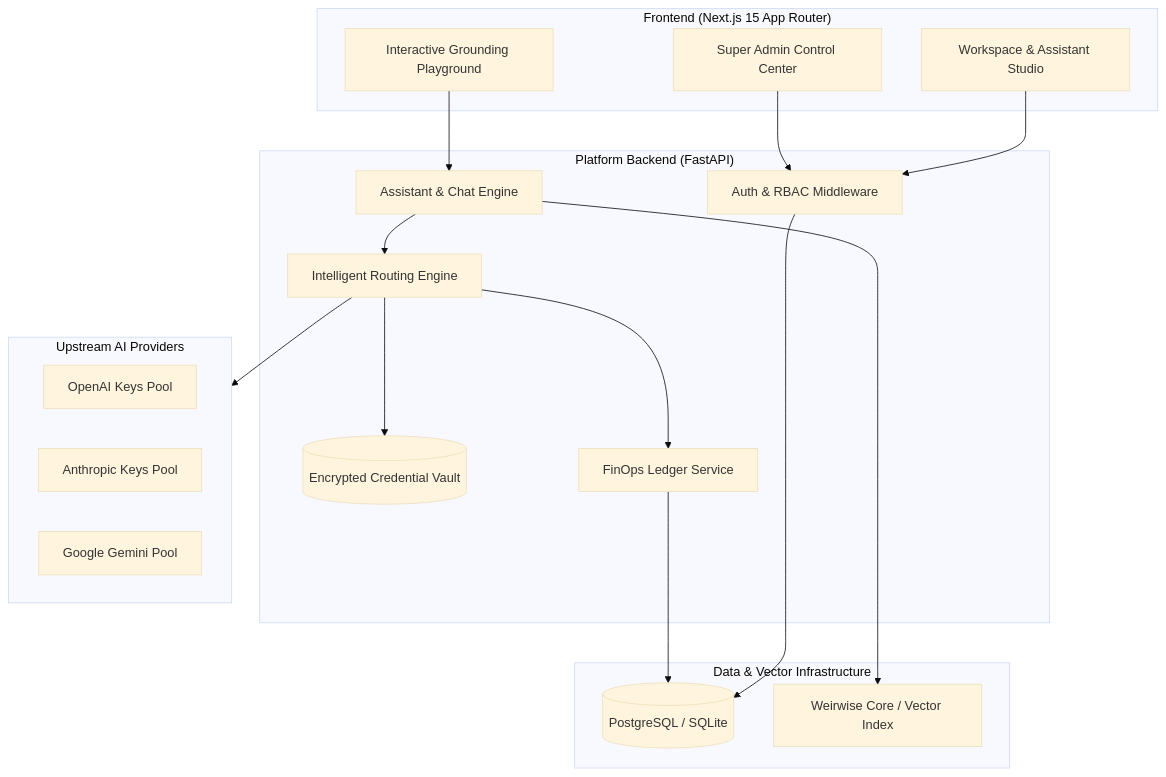
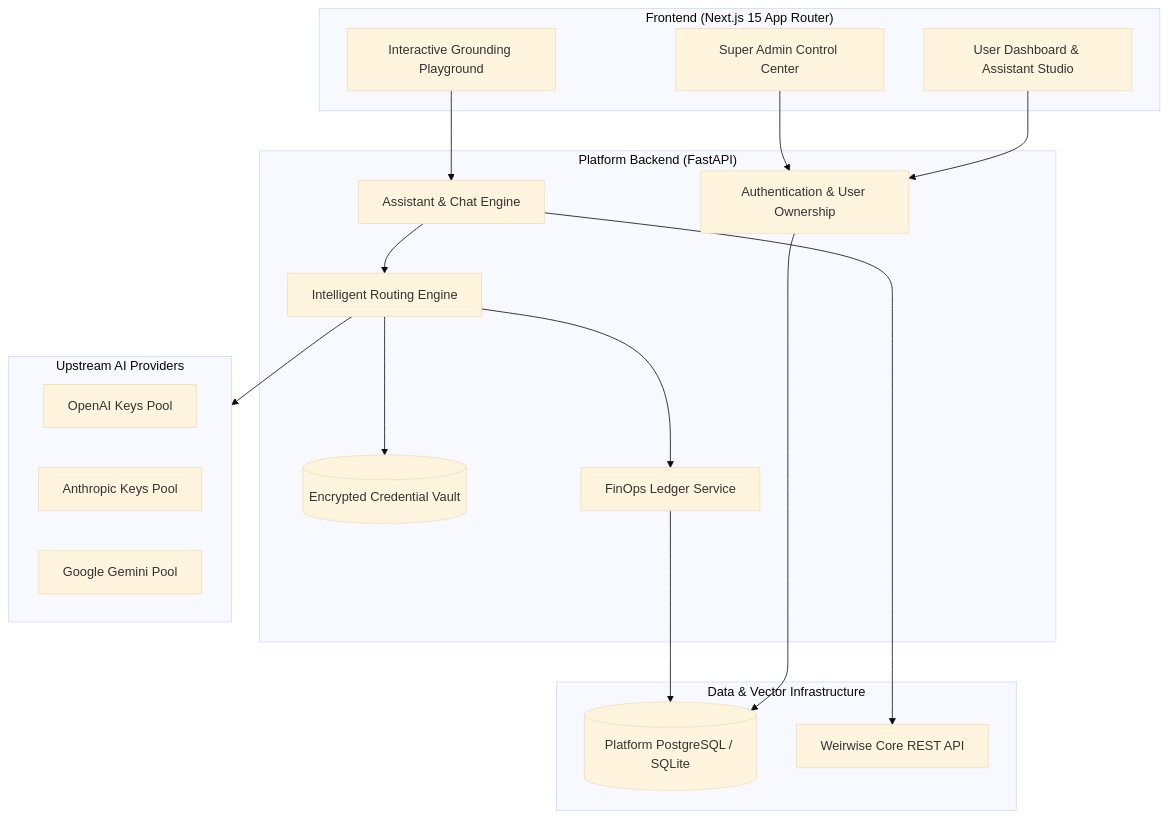
Before and after one commit to ansarialireza/weirwise-rag-platform: the diagram in README.md, drawn with Mermaid (base theme). The commit also changed other lines of this file and 13 other files, not shown here.

Commit message:
docs: document platform architecture and engineering

````diff
--- a/README.md
+++ b/README.md
@@ -38,38 +42,38 @@
 ```mermaid
 flowchart TD
     subgraph Client["Frontend (Next.js 15 App Router)"]
-        UI[Workspace & Assistant Studio]
+        UI[User Dashboard & Assistant Studio]
         Playground[Interactive Grounding Playground]
         Admin[Super Admin Control Center]
     end
 
     subgraph API["Platform Backend (FastAPI)"]
-        Auth[Auth & RBAC Middleware]
+        Auth[Authentication & User Ownership]
         Assistants[Assistant & Chat Engine]
         Router[Intelligent Routing Engine]
         Vault[(Encrypted Credential Vault)]
         FinOps[FinOps Ledger Service]
     end
 
     subgraph LLMPools["Upstream AI Providers"]
         OpenAI[OpenAI Keys Pool]
         Anthropic[Anthropic Keys Pool]
         Gemini[Google Gemini Pool]
     end
 
     subgraph Storage["Data & Vector Infrastructure"]
-        PG[(PostgreSQL / SQLite)]
-        Core[Weirwise Core / Vector Index]
+        PG[(Platform PostgreSQL / SQLite)]
+        Core[Weirwise Core REST API]
     end
 
     UI --> Auth
     Playground --> Assistants
     Admin --> Auth
     Auth --> PG
     Assistants --> Core
     Assistants --> Router
     Router --> Vault
     Router --> LLMPools
     Router --> FinOps
     FinOps --> PG
 ```
````
